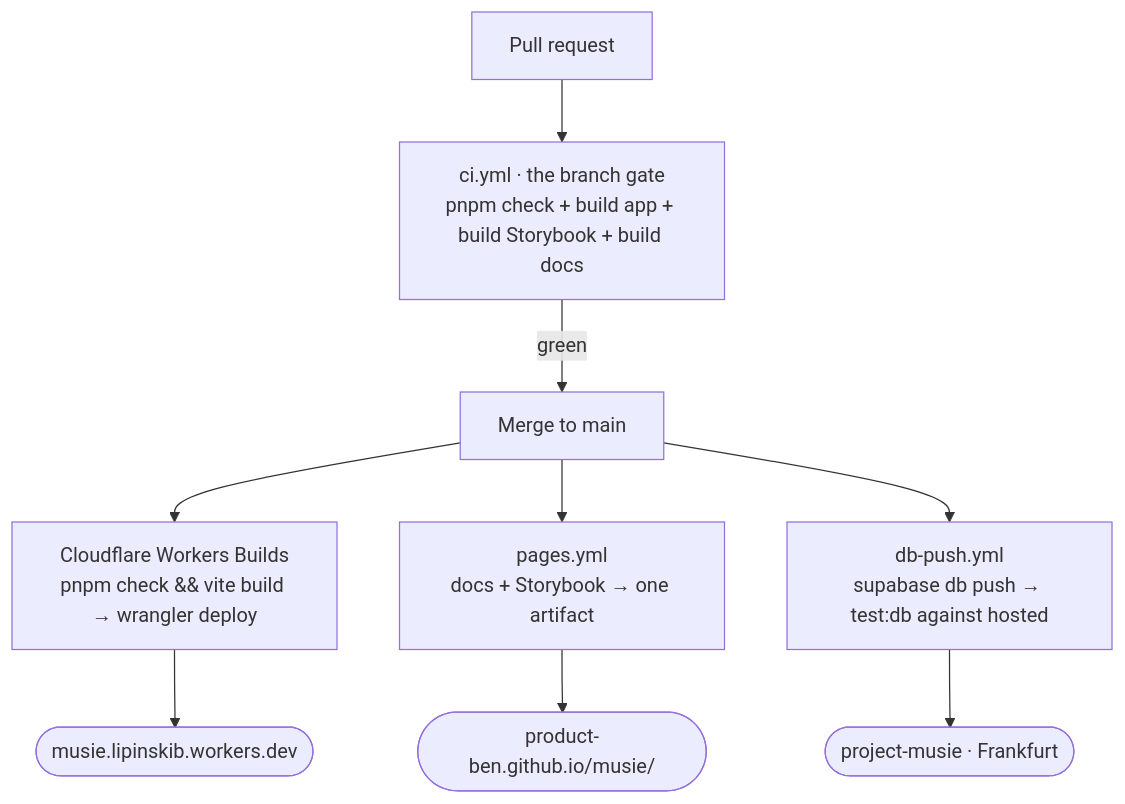
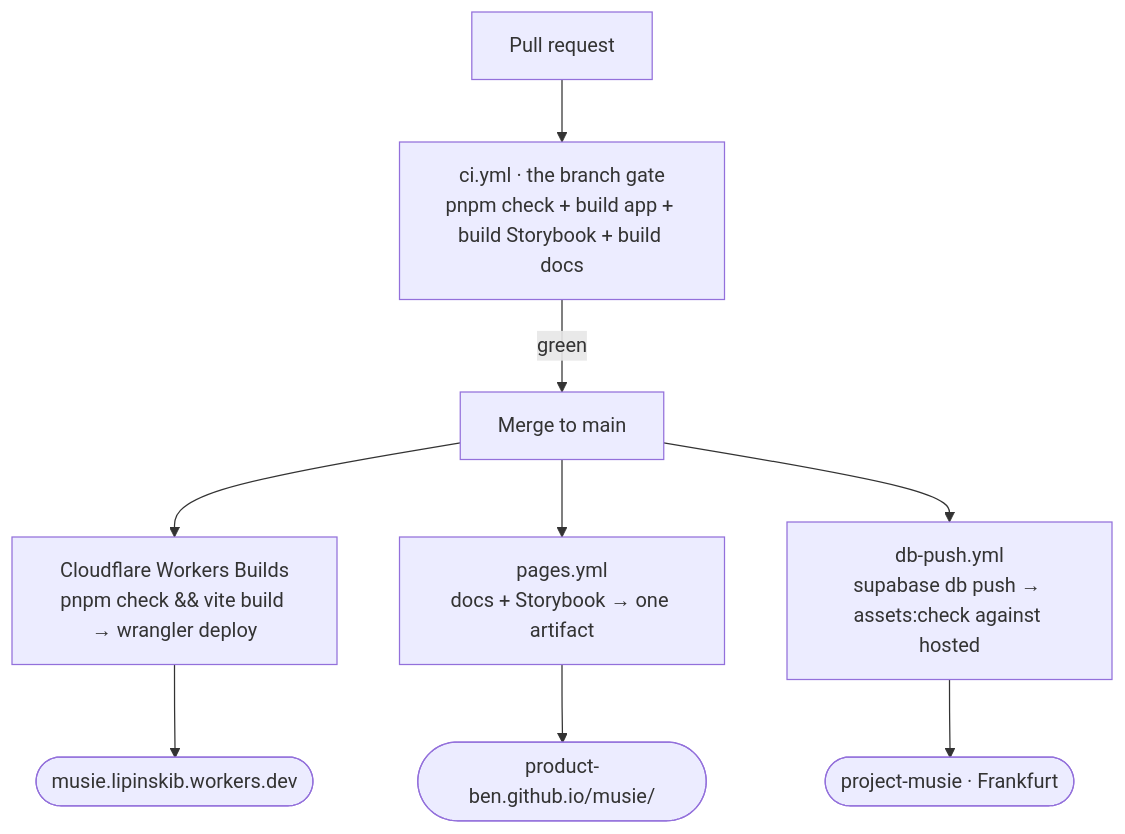
The diagram in apps/docs/architecture/ci-cd.md (product-ben/musie), drawn with Mermaid before and after one commit. The commit also changed other lines of this file and 16 other files, not shown here.

````diff
--- a/apps/docs/architecture/ci-cd.md
+++ b/apps/docs/architecture/ci-cd.md
@@ -12,11 +12,11 @@
 ```mermaid
 flowchart TD
   PR["Pull request"] --> CI["ci.yml · the branch gate<br/>pnpm check + build app + build Storybook + build docs"]
   CI -->|"green"| M["Merge to main"]
   M --> CF["Cloudflare Workers Builds<br/>pnpm check && vite build → wrangler deploy"]
   M --> PG2["pages.yml<br/>docs + Storybook → one artifact"]
-  M --> DB2["db-push.yml<br/>supabase db push → test:db against hosted"]
+  M --> DB2["db-push.yml<br/>supabase db push → assets:check against hosted"]
   CF --> LIVE1(["musie.lipinskib.workers.dev"])
   PG2 --> LIVE2(["product-ben.github.io/musie/"])
   DB2 --> LIVE3(["project-musie · Frankfurt"])
 ```
````
